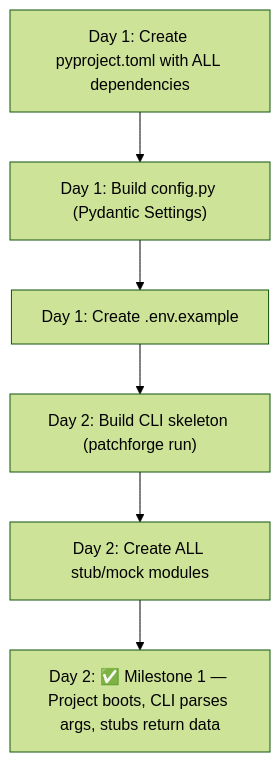
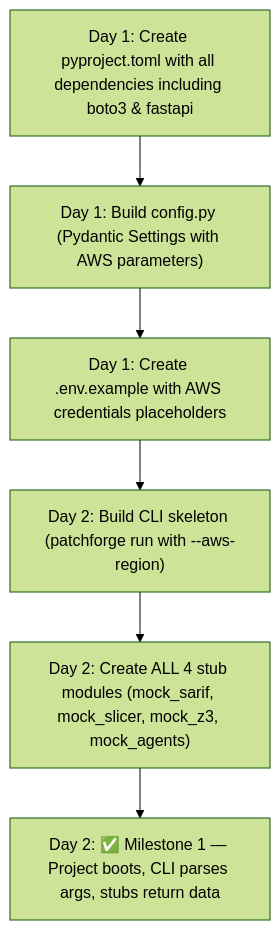
One commit to abhisheksharma56692-stack/PatchForge-AI changed the first of 7 diagrams in MEMBER_2_TASKS.md. Above: the diagram before and after it, drawn with Mermaid (forest theme). The commit also changed other lines of this file and 4 other files, not shown here.

````diff
--- a/MEMBER_2_TASKS.md
+++ b/MEMBER_2_TASKS.md
@@ -172,8 +209,8 @@
 ```mermaid
 flowchart TD
-    A["Day 1: Create pyproject.toml with ALL dependencies"] --> B["Day 1: Build config.py (Pydantic Settings)"]
-    B --> C["Day 1: Create .env.example"]
-    C --> D["Day 2: Build CLI skeleton (patchforge run)"]
-    D --> E["Day 2: Create ALL stub/mock modules"]
+    A["Day 1: Create pyproject.toml with all dependencies including boto3 & fastapi"] --> B["Day 1: Build config.py (Pydantic Settings with AWS parameters)"]
+    B --> C["Day 1: Create .env.example with AWS credentials placeholders"]
+    C --> D["Day 2: Build CLI skeleton (patchforge run with --aws-region)"]
+    D --> E["Day 2: Create ALL 4 stub modules (mock_sarif, mock_slicer, mock_z3, mock_agents)"]
     E --> F["Day 2: ✅ Milestone 1 — Project boots, CLI parses args, stubs return data"]
 ```
````
